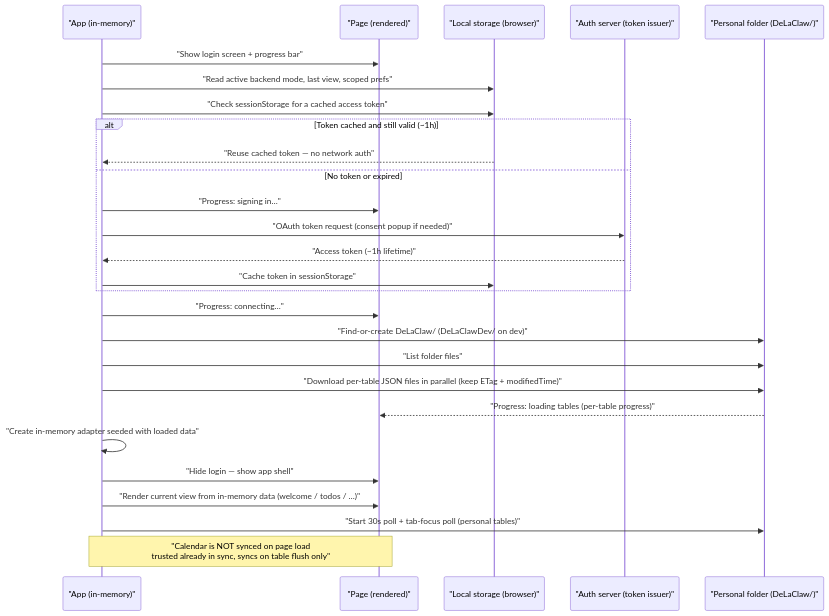
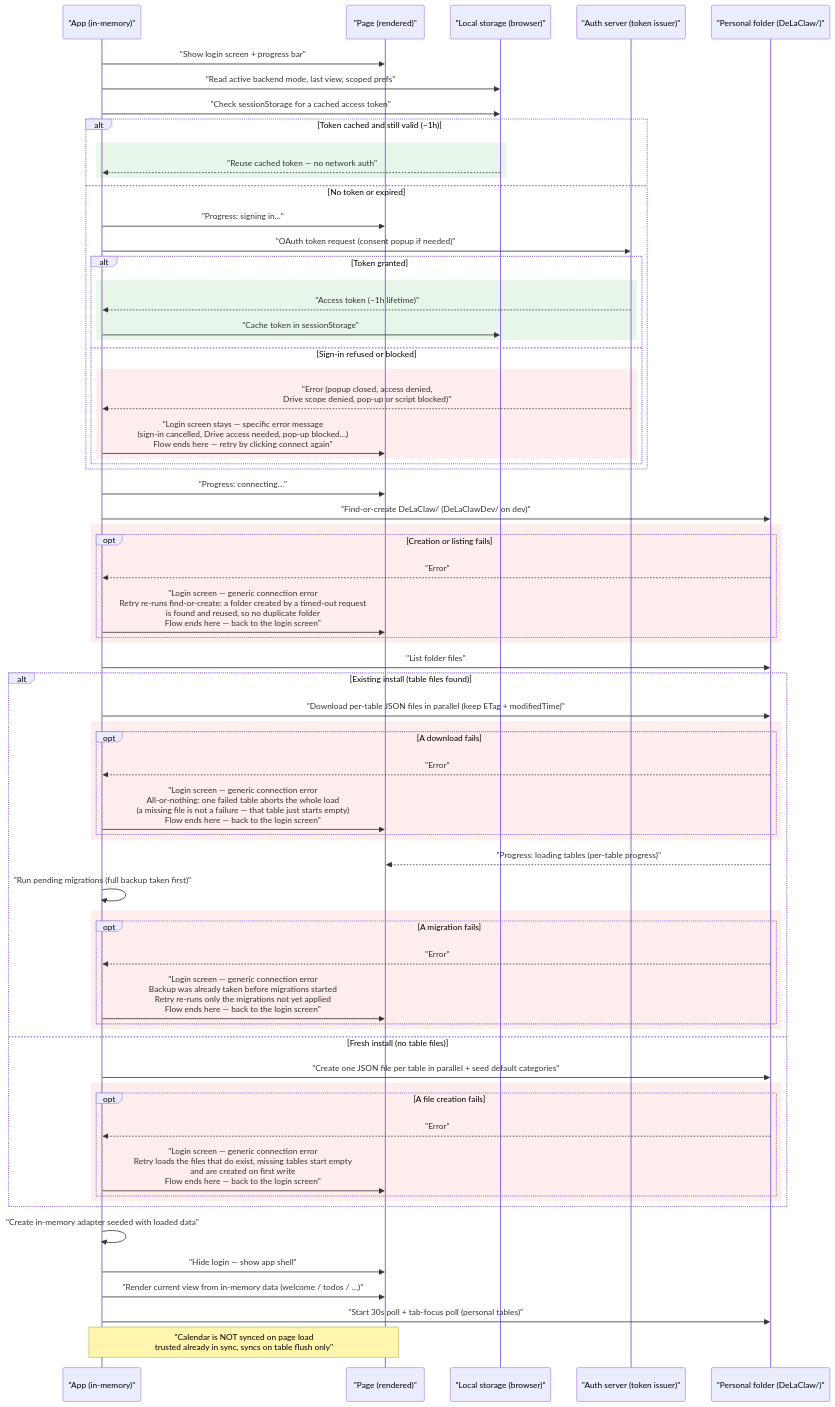
The second of 7 diagrams in docs-site/sync-architecture.md (AntGro/DeLaClaw), drawn with Mermaid before and after one commit. The commit also changed other lines of this file and 12 other files, not shown here.

````diff
--- a/docs-site/sync-architecture.md
+++ b/docs-site/sync-architecture.md
@@ -52,33 +53,75 @@
 ```mermaid
 sequenceDiagram
     participant App as "App (in-memory)"
     participant Page as "Page (rendered)"
     participant LS as "Local storage (browser)"
     participant Auth as "Auth server (token issuer)"
     participant PF as "Personal folder (DeLaClaw/)"
 
     App->>Page: "Show login screen + progress bar"
     App->>LS: "Read active backend mode, last view, scoped prefs"
     App->>LS: "Check sessionStorage for a cached access token"
 
     alt Token cached and still valid (~1h)
+        rect rgb(232, 245, 233)
         LS-->>App: "Reuse cached token — no network auth"
+        end
     else No token or expired
         App->>Page: "Progress: signing in…"
         App->>Auth: "OAuth token request (consent popup if needed)"
-        Auth-->>App: "Access token (~1h lifetime)"
-        App->>LS: "Cache token in sessionStorage"
+        alt Token granted
+            rect rgb(232, 245, 233)
+            Auth-->>App: "Access token (~1h lifetime)"
+            App->>LS: "Cache token in sessionStorage"
+            end
+        else Sign-in refused or blocked
+            rect rgb(253, 237, 236)
+            Auth-->>App: "Error (popup closed, access denied,<br/>Drive scope denied, pop-up or script blocked)"
+            App->>Page: "Login screen stays — specific error message<br/>(sign-in cancelled, Drive access needed, pop-up blocked…)<br/>Flow ends here — retry by clicking connect again"
+            end
+        end
     end
 
     App->>Page: "Progress: connecting…"
     App->>PF: "Find-or-create DeLaClaw/ (DeLaClawDev/ on dev)"
+    rect rgb(253, 237, 236)
+    opt Creation or listing fails
+        PF-->>App: "Error"
+        App->>Page: "Login screen — generic connection error<br/>Retry re-runs find-or-create: a folder created by a timed-out request<br/>is found and reused, so no duplicate folder<br/>Flow ends here — back to the login screen"
+    end
+    end
     App->>PF: "List folder files"
-    App->>PF: "Download per-table JSON files in parallel (keep ETag + modifiedTime)"
-    PF-->>Page: "Progress: loading tables (per-table progress)"
+
+    alt Existing install (table files found)
+        App->>PF: "Download per-table JSON files in parallel (keep ETag + modifiedTime)"
+        rect rgb(253, 237, 236)
+        opt A download fails
+            PF-->>App: "Error"
+            App->>Page: "Login screen — generic connection error<br/>All-or-nothing: one failed table aborts the whole load<br/>(a missing file is not a failure — that table just starts empty)<br/>Flow ends here — back to the login screen"
+        end
+        end
+        PF-->>Page: "Progress: loading tables (per-table progress)"
+        App->>App: "Run pending migrations (full backup taken first)"
+        rect rgb(253, 237, 236)
+        opt A migration fails
+            PF-->>App: "Error"
+            App->>Page: "Login screen — generic connection error<br/>Backup was already taken before migrations started<br/>Retry re-runs only the migrations not yet applied<br/>Flow ends here — back to the login screen"
+        end
+        end
+    else Fresh install (no table files)
+        App->>PF: "Create one JSON file per table in parallel + seed default categories"
+        rect rgb(253, 237, 236)
+        opt A file creation fails
+            PF-->>App: "Error"
+            App->>Page: "Login screen — generic connection error<br/>Retry loads the files that do exist, missing tables start empty<br/>and are created on first write<br/>Flow ends here — back to the login screen"
+        end
+        end
+    end
+
     App->>App: "Create in-memory adapter seeded with loaded data"
     App->>Page: "Hide login — show app shell"
     App->>Page: "Render current view from in-memory data (welcome / todos / …)"
     App->>PF: "Start 30s poll + tab-focus poll (personal tables)"
 
     Note over App,Page: "Calendar is NOT synced on page load<br/>trusted already in sync, syncs on table flush only"
 ```
````
